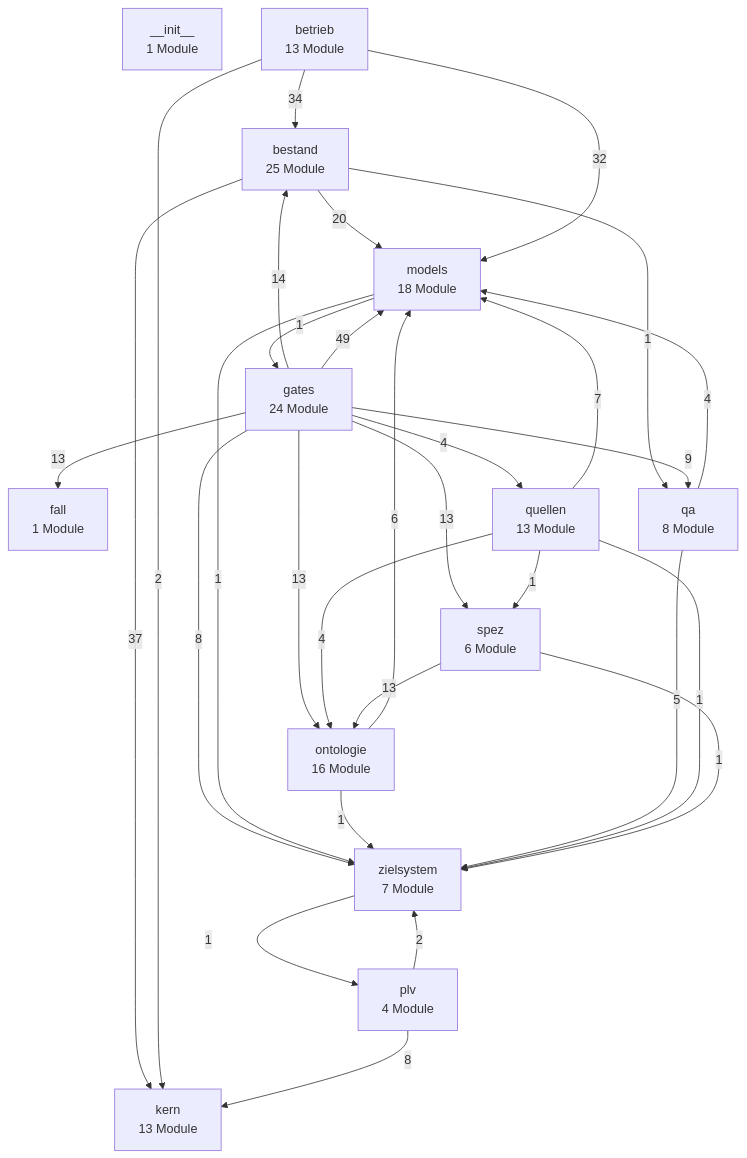
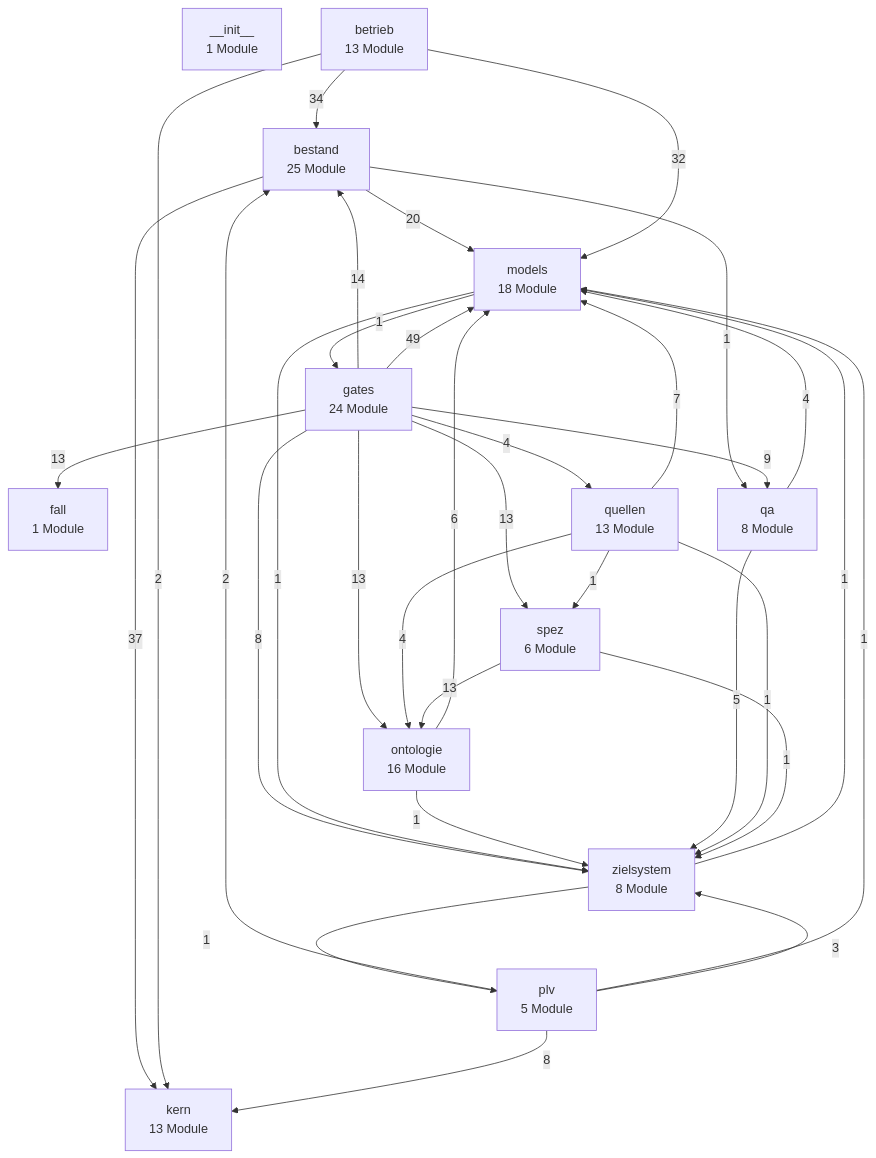
One commit to bartlmac/rechner-pipeline changed the first of 3 diagrams in docs/architektur/landkarte.md. Above: the diagram before and after it, drawn with Mermaid. The commit also changed other lines of this file and 9 other files, not shown here.

````diff
--- a/docs/architektur/landkarte.md
+++ b/docs/architektur/landkarte.md
@@ -31,46 +31,49 @@
 ```mermaid
 %% Schichten — erzeugt von ontologie.landkarte
 flowchart TD
     n__init__["__init__<br/>1 Module"]
     bestand["bestand<br/>25 Module"]
     betrieb["betrieb<br/>13 Module"]
     fall["fall<br/>1 Module"]
     gates["gates<br/>24 Module"]
     kern["kern<br/>13 Module"]
     models["models<br/>18 Module"]
     ontologie["ontologie<br/>16 Module"]
-    plv["plv<br/>4 Module"]
+    plv["plv<br/>5 Module"]
     qa["qa<br/>8 Module"]
     quellen["quellen<br/>13 Module"]
     spez["spez<br/>6 Module"]
-    zielsystem["zielsystem<br/>7 Module"]
+    zielsystem["zielsystem<br/>8 Module"]
     bestand -- 37 --> kern
     bestand -- 20 --> models
     bestand -- 1 --> qa
     betrieb -- 34 --> bestand
     betrieb -- 2 --> kern
     betrieb -- 32 --> models
     gates -- 14 --> bestand
     gates -- 13 --> fall
     gates -- 49 --> models
     gates -- 13 --> ontologie
     gates -- 9 --> qa
     gates -- 4 --> quellen
     gates -- 13 --> spez
     gates -- 8 --> zielsystem
     models -- 1 --> gates
     models -- 1 --> zielsystem
     ontologie -- 6 --> models
     ontologie -- 1 --> zielsystem
+    plv -- 2 --> bestand
     plv -- 8 --> kern
-    plv -- 2 --> zielsystem
+    plv -- 1 --> models
+    plv -- 3 --> zielsystem
     qa -- 4 --> models
     qa -- 5 --> zielsystem
     quellen -- 7 --> models
     quellen -- 4 --> ontologie
     quellen -- 1 --> spez
     quellen -- 1 --> zielsystem
     spez -- 13 --> ontologie
     spez -- 1 --> zielsystem
+    zielsystem -- 1 --> models
     zielsystem -- 1 --> plv
 ```
````
